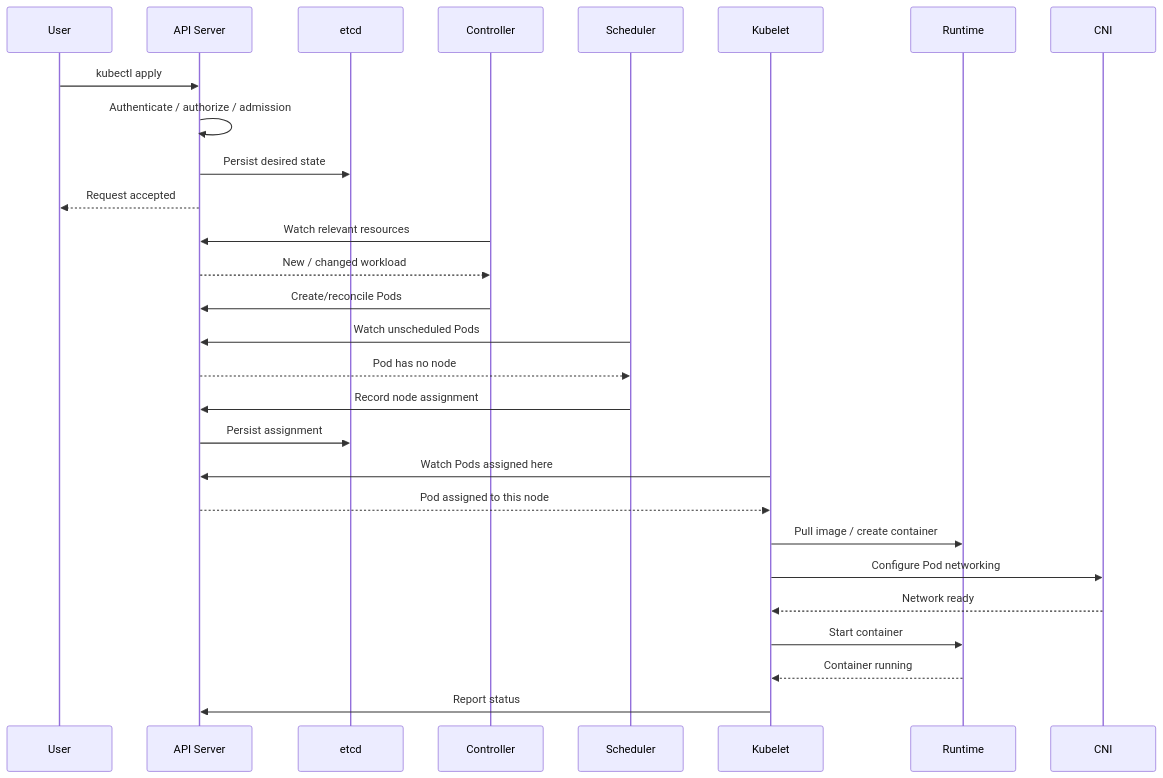
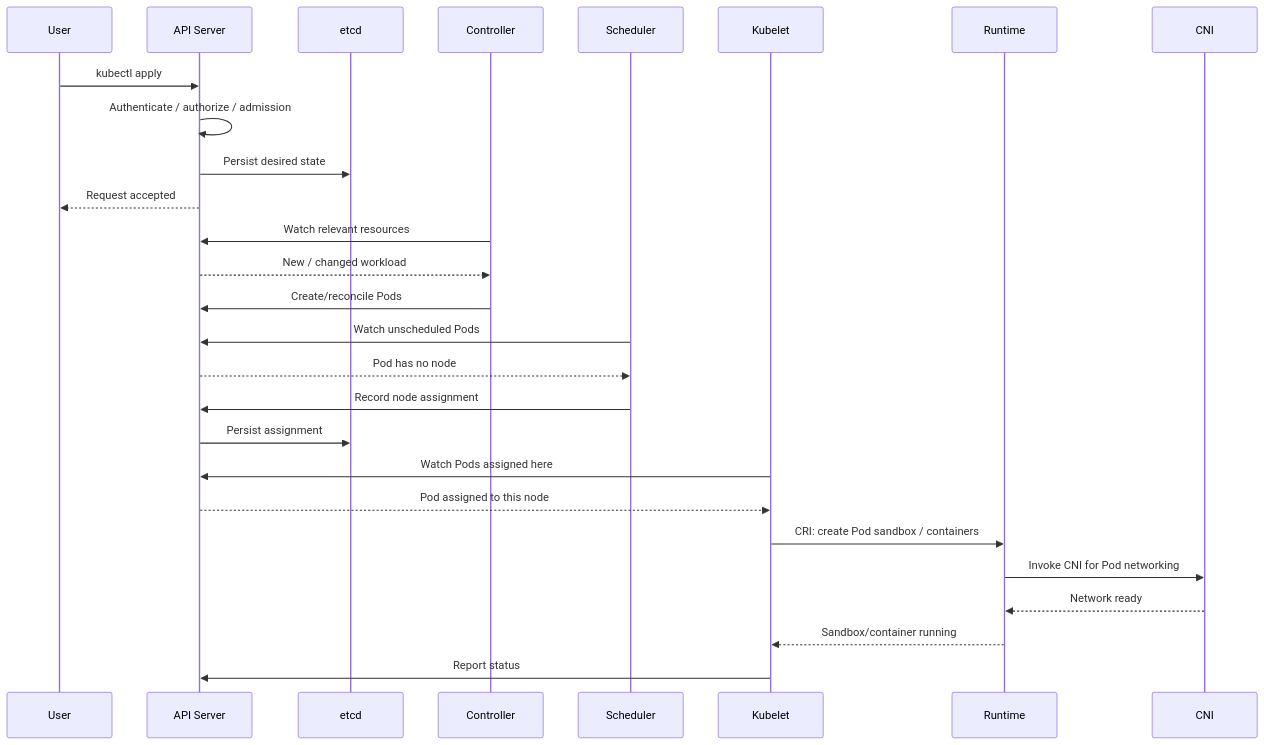
The eighth of 22 diagrams in kubernetes-architecture-and-communication-flow.md (karthikreddy432/CKAD), drawn with Mermaid before and after one commit. The commit also changed other lines of this file and 13 other files, not shown here.

````diff
--- a/kubernetes-architecture-and-communication-flow.md
+++ b/kubernetes-architecture-and-communication-flow.md
@@ -421,34 +419,33 @@
 ```mermaid
 sequenceDiagram
     participant U as User
     participant A as API Server
     participant E as etcd
     participant C as Controller
     participant S as Scheduler
     participant K as Kubelet
     participant R as Runtime
     participant N as CNI
 
     U->>A: kubectl apply
     A->>A: Authenticate / authorize / admission
     A->>E: Persist desired state
     A-->>U: Request accepted
 
     C->>A: Watch relevant resources
     A-->>C: New / changed workload
     C->>A: Create/reconcile Pods
 
     S->>A: Watch unscheduled Pods
     A-->>S: Pod has no node
     S->>A: Record node assignment
     A->>E: Persist assignment
 
     K->>A: Watch Pods assigned here
     A-->>K: Pod assigned to this node
-    K->>R: Pull image / create container
-    K->>N: Configure Pod networking
-    N-->>K: Network ready
-    K->>R: Start container
-    R-->>K: Container running
+    K->>R: CRI: create Pod sandbox / containers
+    R->>N: Invoke CNI for Pod networking
+    N-->>R: Network ready
+    R-->>K: Sandbox/container running
     K->>A: Report status
 ```
````
